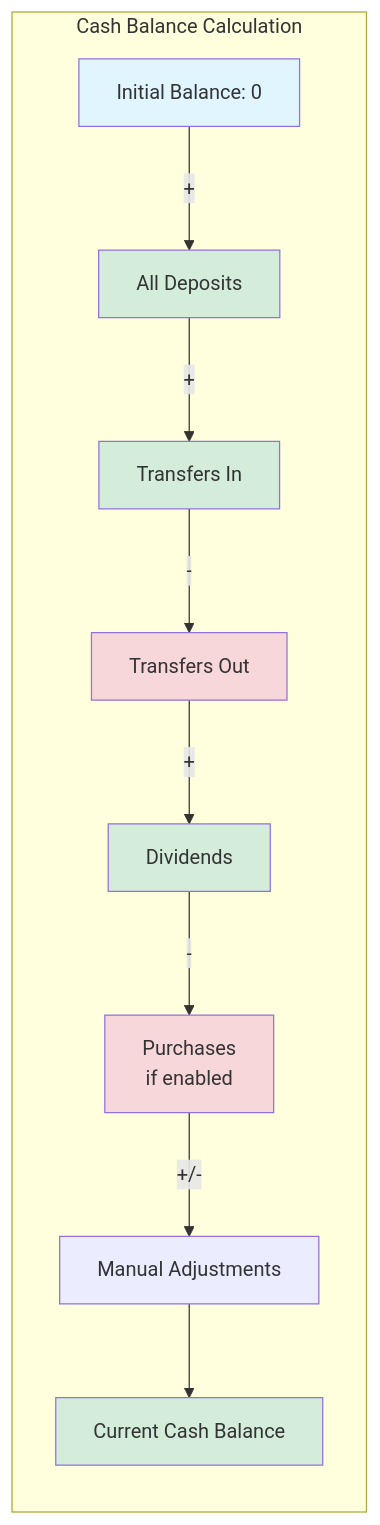
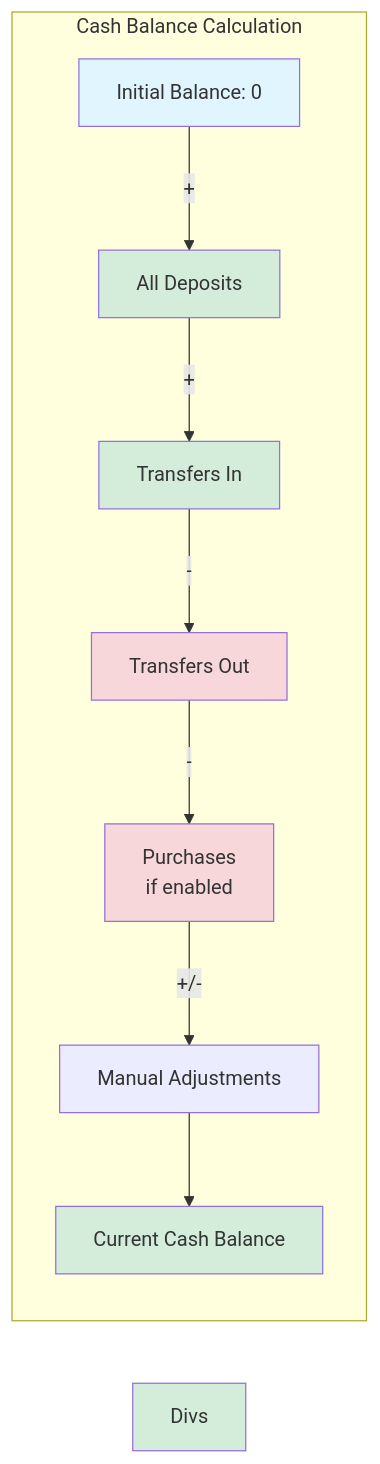
One commit to marcelrienks/Prosperity changed the sixth of 10 diagrams in docs/diagrams/data-flow.md. Above: the diagram before and after it, drawn with Mermaid. The commit also changed other lines of this file and 4 other files, not shown here.

````diff
--- a/docs/diagrams/data-flow.md
+++ b/docs/diagrams/data-flow.md
@@ -243,23 +241,22 @@
 ```mermaid
 flowchart LR
     subgraph Formula["Cash Balance Calculation"]
         Start[Initial Balance: 0]
         
         Start -->|+| Deposits[All Deposits]
         Deposits -->|+| TransIn[Transfers In]
         TransIn -->|-| TransOut[Transfers Out]
-        TransOut -->|+| Divs[Dividends]
-        Divs -->|-| Purch[Purchases<br/>if enabled]
+        TransOut -->|-| Purch[Purchases<br/>if enabled]
         Purch -->|+/-| Adj[Manual Adjustments]
         
         Adj --> Final[Current Cash Balance]
     end
     
     style Start fill:#e1f5ff
     style Final fill:#d4edda
     style Deposits fill:#d4edda
     style TransIn fill:#d4edda
     style Divs fill:#d4edda
     style TransOut fill:#f8d7da
     style Purch fill:#f8d7da
 ```
````
